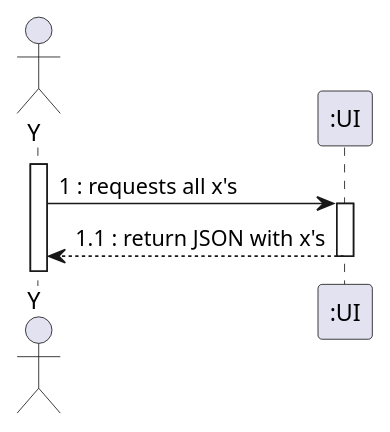
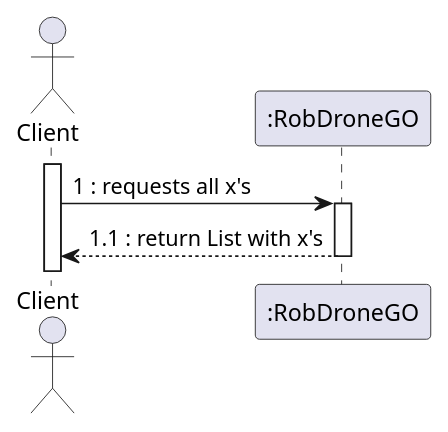
The diagram in docs/nivel1/SSD1GET.puml (mpoboas/sem5-pi-23-24-38), drawn with PlantUML before and after one commit. The commit also changed 32 other files, not shown here.

```diff
--- a/docs/nivel1/SSD1GET.puml
+++ b/docs/nivel1/SSD1GET.puml
@@ -1,12 +1,12 @@
-@startuml
-actor "Y" as OE
+@startuml lvl1
+actor "Client" as OE
 
 activate OE
-OE -> ":UI" : 1 : requests all x's
-activate ":UI"
-":UI" --> OE : 1.1 : return JSON with x's
-deactivate ":UI"
+OE -> ":RobDroneGO" : 1 : requests all x's
+activate ":RobDroneGO"
+":RobDroneGO" --> OE : 1.1 : return List with x's
+deactivate ":RobDroneGO"
 
 
 
 @enduml
```
